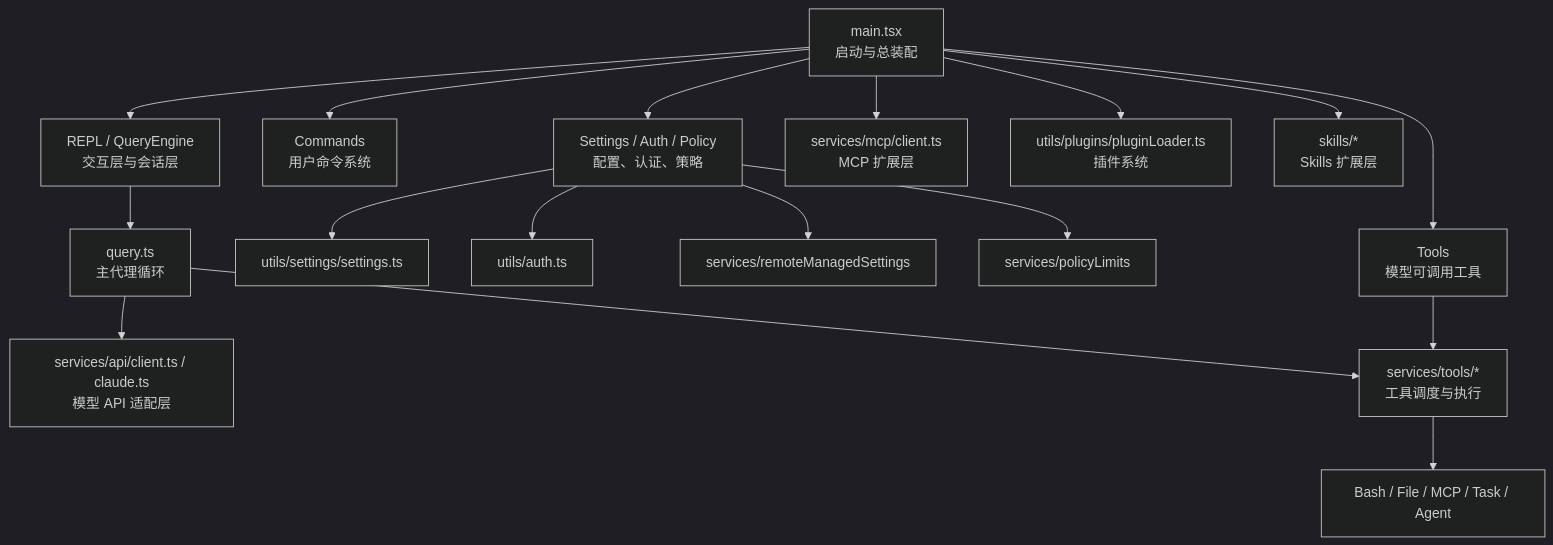
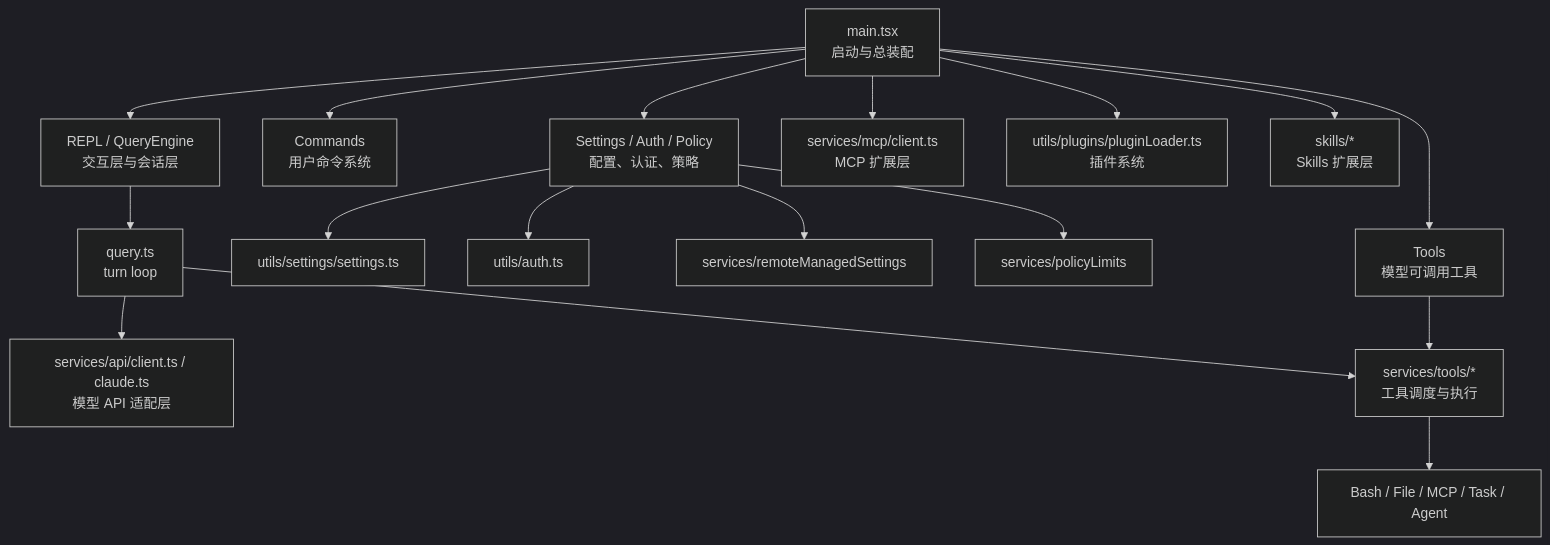
Before and after one commit to boboliu-1010/ccode: the first of 9 diagrams in docs/code-walkthrough-zh.md, drawn with Mermaid (dark theme). The commit also changed other lines of this file, not shown here.

Commit message:
Refine walkthrough structure and compact diagrams

````diff
--- a/docs/code-walkthrough-zh.md
+++ b/docs/code-walkthrough-zh.md
@@ -9,23 +15,23 @@
 ```mermaid
 flowchart TD
     A["main.tsx<br/>启动与总装配"] --> B["Settings / Auth / Policy<br/>配置、认证、策略"]
     A --> C["Commands<br/>用户命令系统"]
     A --> D["Tools<br/>模型可调用工具"]
     A --> E["REPL / QueryEngine<br/>交互层与会话层"]
 
     B --> B1["utils/settings/settings.ts"]
     B --> B2["utils/auth.ts"]
     B --> B3["services/remoteManagedSettings"]
     B --> B4["services/policyLimits"]
 
-    E --> F["query.ts<br/>主代理循环"]
+    E --> F["query.ts<br/>turn loop"]
     F --> G["services/api/client.ts / claude.ts<br/>模型 API 适配层"]
     F --> H["services/tools/*<br/>工具调度与执行"]
 
     D --> H
     H --> I["Bash / File / MCP / Task / Agent"]
 
     A --> J["services/mcp/client.ts<br/>MCP 扩展层"]
     A --> K["utils/plugins/pluginLoader.ts<br/>插件系统"]
     A --> L["skills/*<br/>Skills 扩展层"]
 ```
````
